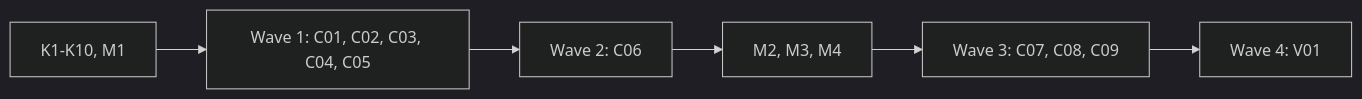
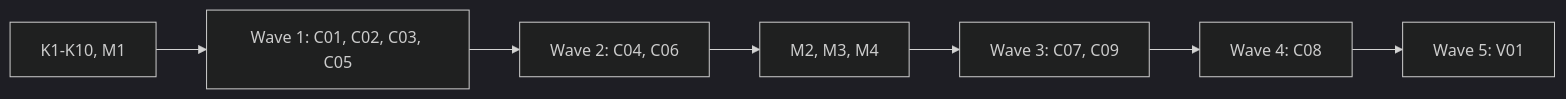
The third of 3 diagrams in docs/plan-0.8.0.md (alfhen/agent-pr-pipeline), drawn with Mermaid (dark theme) before and after one commit. The commit also changed other lines of this file, not shown here.

````diff
--- a/docs/plan-0.8.0.md
+++ b/docs/plan-0.8.0.md
@@ -276,4 +278,4 @@
 ```mermaid
 flowchart LR
-  K[K1-K10, M1] --> W1[Wave 1: C01, C02, C03, C04, C05] --> W2[Wave 2: C06] --> M[M2, M3, M4] --> W3[Wave 3: C07, C08, C09] --> W4[Wave 4: V01]
+  K[K1-K10, M1] --> W1[Wave 1: C01, C02, C03, C05] --> W2[Wave 2: C04, C06] --> M[M2, M3, M4] --> W3[Wave 3: C07, C09] --> W4[Wave 4: C08] --> W5[Wave 5: V01]
 ```
````
